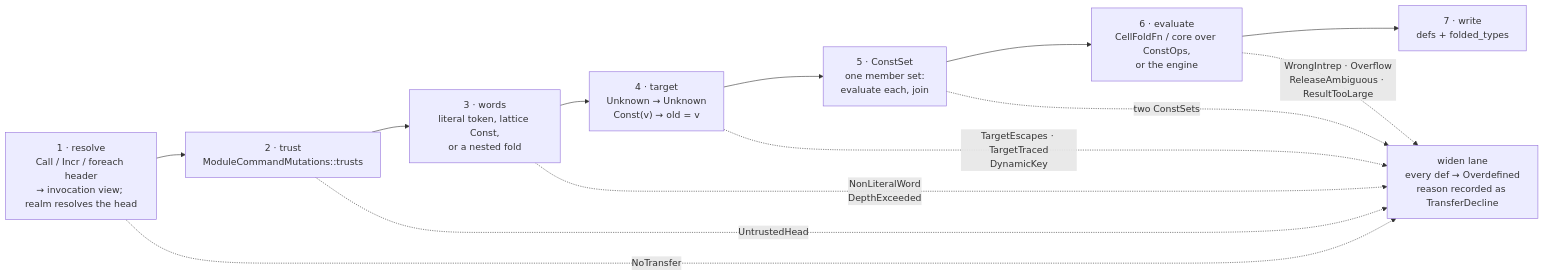
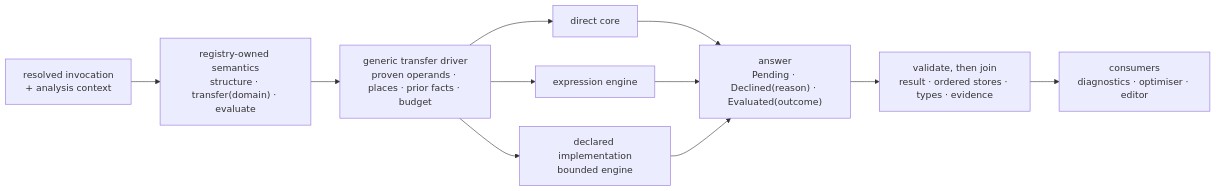
One commit to bitwisecook/tcl-lsp changed the second of 5 diagrams in docs/design/compiler/value-transfers.md. Above: the diagram before and after it, drawn with Mermaid. The commit also changed other lines of this file and 7 other files, not shown here.

````diff
--- a/docs/design/compiler/value-transfers.md
+++ b/docs/design/compiler/value-transfers.md
@@ -359,18 +336,13 @@
 ```mermaid
 flowchart LR
-    S1["1 · resolve<br/>Call / Incr / foreach header<br/>→ invocation view; realm resolves the head"]
-    S2["2 · trust<br/>ModuleCommandMutations::trusts"]
-    S3["3 · words<br/>literal token, lattice Const,<br/>or a nested fold"]
-    S4["4 · target<br/>Unknown → Unknown<br/>Const(v) → old = v"]
-    S5["5 · ConstSet<br/>one member set:<br/>evaluate each, join"]
-    S6["6 · evaluate<br/>CellFoldFn / core over ConstOps,<br/>or the engine"]
-    S7["7 · write<br/>defs + folded_types"]
-    S1 --> S2 --> S3 --> S4 --> S5 --> S6 --> S7
-    S1 -. NoTransfer .-> W
-    S2 -. UntrustedHead .-> W
-    S3 -. NonLiteralWord<br/>DepthExceeded .-> W
-    S4 -. TargetEscapes · TargetTraced<br/>DynamicKey .-> W
-    S5 -. two ConstSets .-> W
-    S6 -. WrongIntrep · Overflow<br/>ReleaseAmbiguous · ResultTooLarge .-> W
-    W["widen lane<br/>every def → Overdefined<br/>reason recorded as TransferDecline"]
+    I["resolved invocation<br/>+ analysis context"] --> S["registry-owned semantics<br/>structure · transfer(domain) · evaluate"]
+    S --> T["generic transfer driver<br/>proven operands · places · prior facts · budget"]
+    T --> R1["direct core"]
+    T --> R2["expression engine"]
+    T --> R3["declared implementation<br/>bounded engine"]
+    R1 --> A["answer<br/>Pending · Declined(reason) · Evaluated(outcome)"]
+    R2 --> A
+    R3 --> A
+    A --> V["validate, then join<br/>result · ordered stores · types · evidence"]
+    V --> K["consumers<br/>diagnostics · optimiser · editor"]
 ```
````
